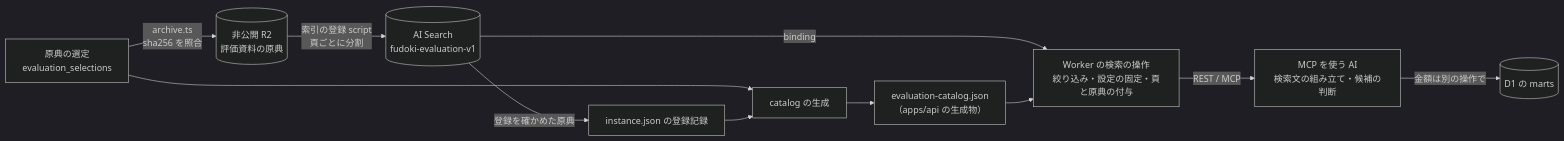
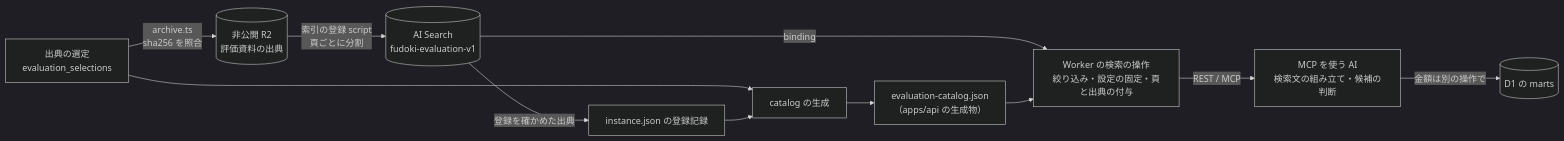
The first of 2 diagrams in docs/prd/evaluation-search/dd.md (fudoki-hensansitu/fudoki), drawn with Mermaid (dark theme) before and after one commit. The commit also changed other lines of this file and 203 other files, not shown here.

````diff
--- a/docs/prd/evaluation-search/dd.md
+++ b/docs/prd/evaluation-search/dd.md
@@ -55,13 +55,13 @@
 ```mermaid
 flowchart LR
-  sel["原典の選定<br/>evaluation_selections"] -->|"archive.ts<br/>sha256 を照合"| r2[("非公開 R2<br/>評価資料の原典")]
+  sel["出典の選定<br/>evaluation_selections"] -->|"archive.ts<br/>sha256 を照合"| r2[("非公開 R2<br/>評価資料の出典")]
   r2 -->|"索引の登録 script<br/>頁ごとに分割"| ais[("AI Search<br/>fudoki-evaluation-v1")]
-  ais -->|"登録を確かめた原典"| idx["instance.json の登録記録"]
+  ais -->|"登録を確かめた出典"| idx["instance.json の登録記録"]
   sel --> gen["catalog の生成"]
   idx --> gen
   gen --> cat["evaluation-catalog.json<br/>（apps/api の生成物）"]
-  ais -->|binding| worker["Worker の検索の操作<br/>絞り込み・設定の固定・頁と原典の付与"]
+  ais -->|binding| worker["Worker の検索の操作<br/>絞り込み・設定の固定・頁と出典の付与"]
   cat --> worker
   worker -->|"REST / MCP"| ai["MCP を使う AI<br/>検索文の組み立て・候補の判断"]
   ai -->|"金額は別の操作で"| marts[("D1 の marts")]
 ```
````
